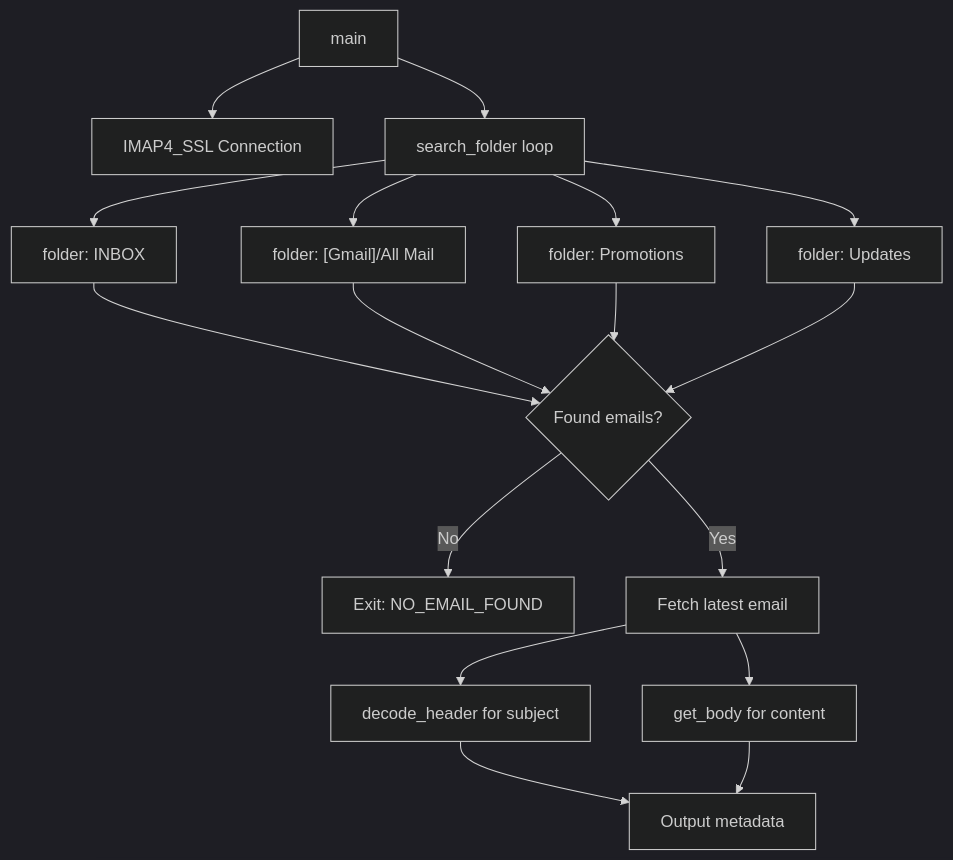
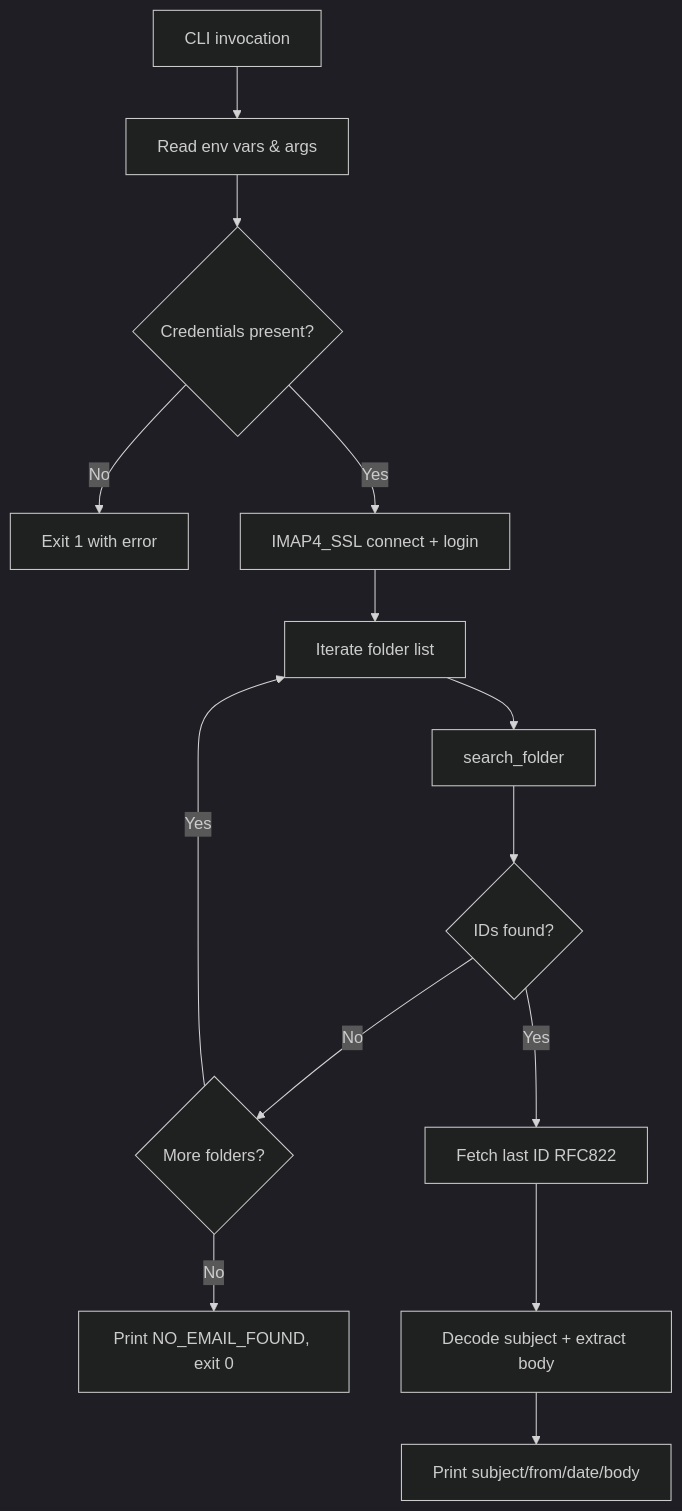
The diagram in build-system-scripts.md (leszek3737/librefang-WIki), drawn with Mermaid (dark theme) before and after one commit. The commit also changed other lines of this file and 56 other files, not shown here.

````diff
--- a/build-system-scripts.md
+++ b/build-system-scripts.md
@@ -36,19 +9,16 @@
 ```mermaid
 flowchart TD
-    A[main] --> B[IMAP4_SSL Connection]
-    A --> C[search_folder loop]
-    C --> D["folder: INBOX"]
-    C --> E["folder: [Gmail]/All Mail"]
-    C --> F["folder: Promotions"]
-    C --> G["folder: Updates"]
-    D --> H{Found emails?}
-    E --> H
-    F --> H
-    G --> H
-    H -->|No| I[Exit: NO_EMAIL_FOUND]
-    H -->|Yes| J[Fetch latest email]
-    J --> K[decode_header for subject]
-    J --> L[get_body for content]
-    K --> M[Output metadata]
-    L --> M
+    A[CLI invocation] --> B[Read env vars & args]
+    B --> C{Credentials present?}
+    C -- No --> X[Exit 1 with error]
+    C -- Yes --> D[IMAP4_SSL connect + login]
+    D --> E[Iterate folder list]
+    E --> F[search_folder]
+    F --> G{IDs found?}
+    G -- No --> H{More folders?}
+    H -- Yes --> E
+    H -- No --> I[Print NO_EMAIL_FOUND, exit 0]
+    G -- Yes --> J[Fetch last ID RFC822]
+    J --> K[Decode subject + extract body]
+    K --> L[Print subject/from/date/body]
 ```
````
